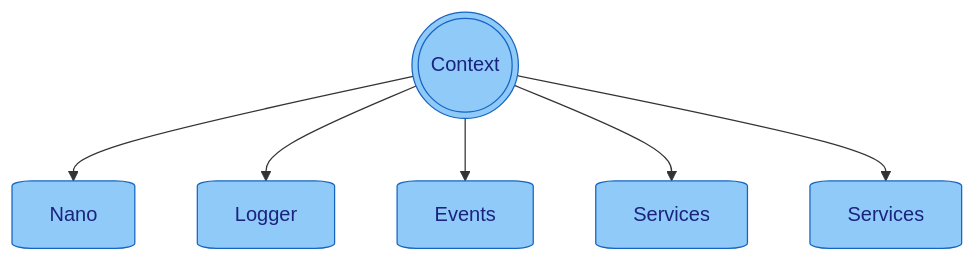
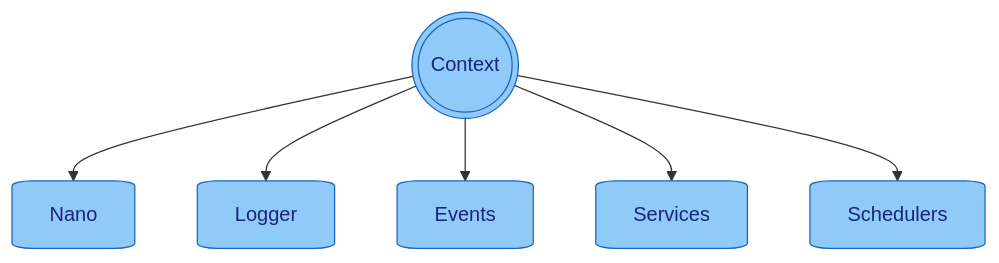
One commit to YunaBraska/nano changed the diagram in docs/context/README.md. Above: the diagram before and after it, drawn with Mermaid. The commit also changed other lines of this file and 16 other files, not shown here.

````diff
--- a/docs/context/README.md
+++ b/docs/context/README.md
@@ -125,15 +19,15 @@
 ```mermaid
 flowchart TD
     context(((Context))) --> nano[Nano]
     context --> logger[Logger]
     context --> events[Events]
     context --> services[Services]
-    context --> schedulers[Services]
+    context --> schedulers[Schedulers]
     
     style nano fill:#90CAF9,stroke:#1565C0,stroke-width:1px,color:#1A237E,rx:2%,ry:2%
     style context fill:#90CAF9,stroke:#1565C0,stroke-width:1px,color:#1A237E,rx:2%,ry:2%
     style logger fill:#90CAF9,stroke:#1565C0,stroke-width:1px,color:#1A237E,rx:2%,ry:2%
     style events fill:#90CAF9,stroke:#1565C0,stroke-width:1px,color:#1A237E,rx:2%,ry:2%
     style services fill:#90CAF9,stroke:#1565C0,stroke-width:1px,color:#1A237E,rx:2%,ry:2%
     style schedulers fill:#90CAF9,stroke:#1565C0,stroke-width:1px,color:#1A237E,rx:2%,ry:2%
 ```
````
